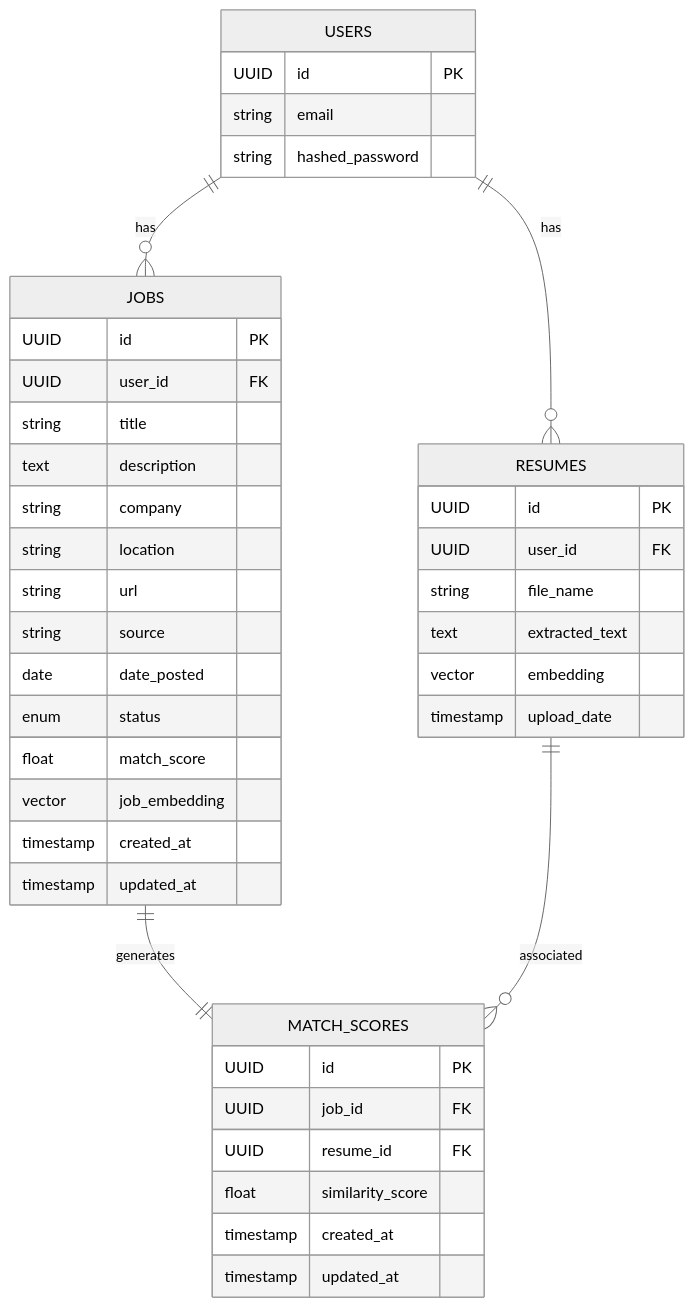
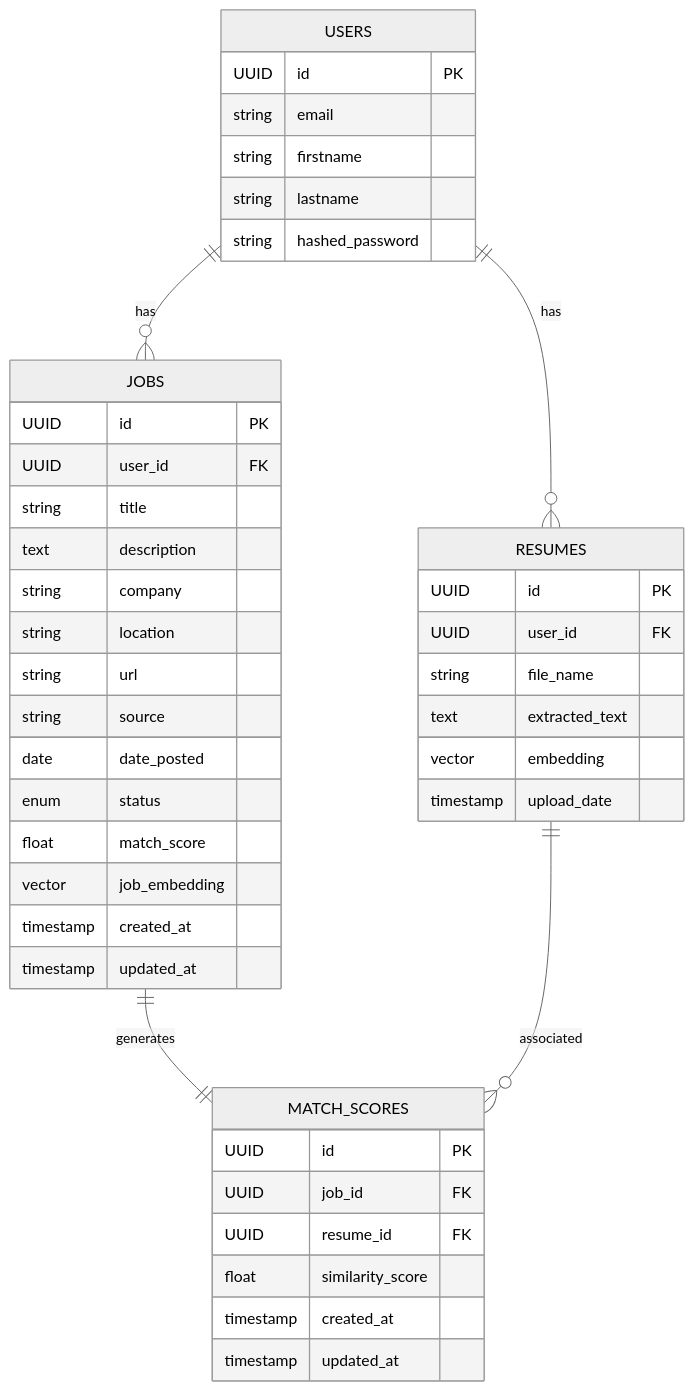
One commit to s1120258/job-tracker-backend changed the diagram in docs/DATA_MODEL.md. Above: the diagram before and after it, drawn with Mermaid (neutral theme). The commit also changed other lines of this file and 4 other files, not shown here.

First line of the commit message:
feat(user): add firstname and lastname fields to Users table

````diff
--- a/docs/DATA_MODEL.md
+++ b/docs/DATA_MODEL.md
@@ -9,48 +9,50 @@
 ```mermaid
 erDiagram
     USERS {
         UUID id PK
         string email
+        string firstname
+        string lastname
         string hashed_password
     }
 
     JOBS {
         UUID id PK
         UUID user_id FK
         string title
         text description
         string company
         string location
         string url
         string source
         date date_posted
         enum status
         float match_score
         vector job_embedding
         timestamp created_at
         timestamp updated_at
     }
 
     RESUMES {
         UUID id PK
         UUID user_id FK
         string file_name
         text extracted_text
         vector embedding
         timestamp upload_date
     }
 
     MATCH_SCORES {
         UUID id PK
         UUID job_id FK
         UUID resume_id FK
         float similarity_score
         timestamp created_at
         timestamp updated_at
     }
 
     USERS ||--o{ JOBS : "has"
     USERS ||--o{ RESUMES : "has"
     JOBS ||--|| MATCH_SCORES : "generates"
     RESUMES ||--o{ MATCH_SCORES : "associated"
 ```
````
